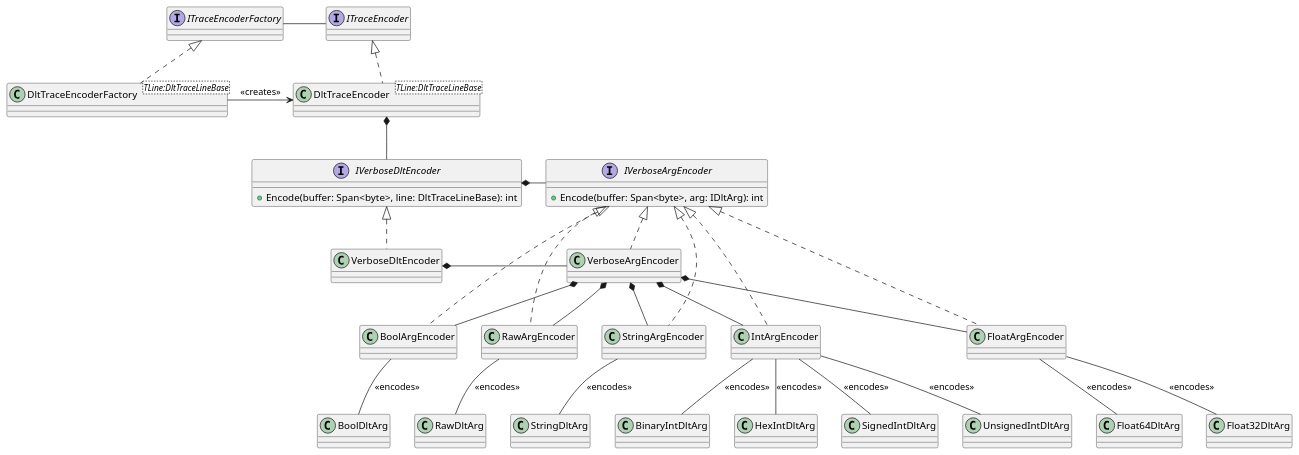
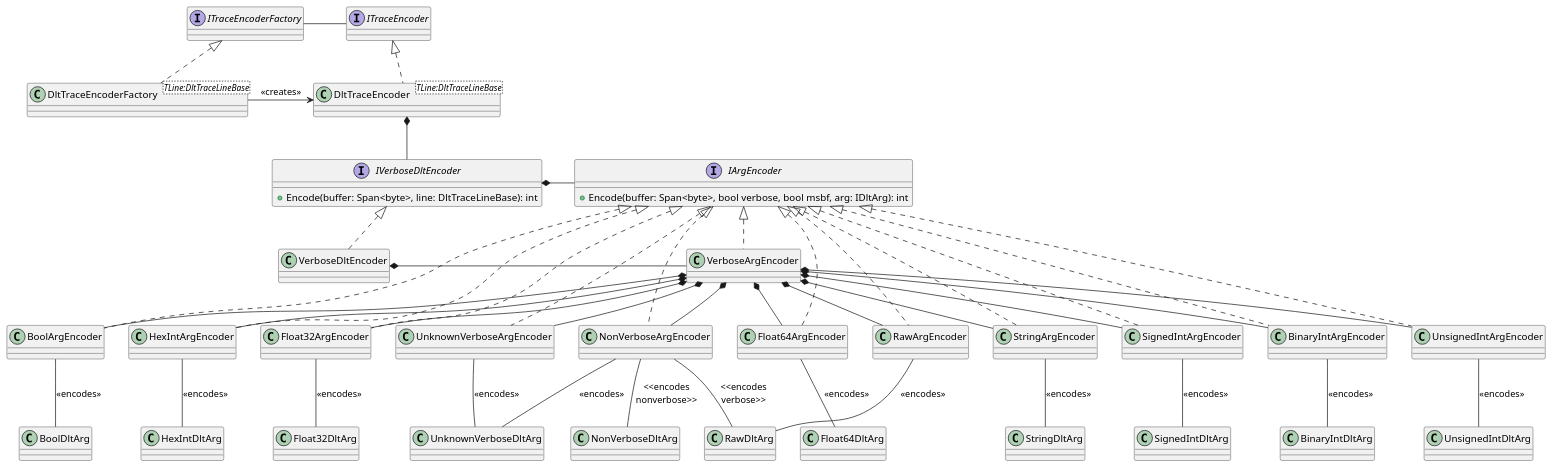
The diagram in TraceReader.Dlt/docs/diagrams/Dlt.WriterEncoder.plantuml (jcurl/RJCP.DLL.Log), drawn with PlantUML before and after one commit. The commit also changed 28 other files, not shown here.

First line of the commit message:
DLT Writer: Encode arguments

```diff
--- a/TraceReader.Dlt/docs/diagrams/Dlt.WriterEncoder.plantuml
+++ b/TraceReader.Dlt/docs/diagrams/Dlt.WriterEncoder.plantuml
@@ -1,59 +1,80 @@
 @startuml DLT.WriterEncoder
 interface ITraceEncoder
 interface ITraceEncoderFactory
 
 ITraceEncoderFactory -r- ITraceEncoder
 
 class DltTraceEncoderFactory<TLine:DltTraceLineBase>
 ITraceEncoderFactory <|.d. DltTraceEncoderFactory
 
 class DltTraceEncoder<TLine:DltTraceLineBase>
 ITraceEncoder <|.d. DltTraceEncoder
 
 DltTraceEncoderFactory -r-> DltTraceEncoder : <<creates>>
 
 interface IVerboseDltEncoder {
     +Encode(buffer: Span<byte>, line: DltTraceLineBase): int
 }
 class VerboseDltEncoder
 IVerboseDltEncoder <|.d. VerboseDltEncoder
 
-interface IVerboseArgEncoder {
-    +Encode(buffer: Span<byte>, arg: IDltArg): int
+interface IArgEncoder {
+    +Encode(buffer: Span<byte>, bool verbose, bool msbf, arg: IDltArg): int
 }
 class VerboseArgEncoder
-IVerboseArgEncoder <|.d. VerboseArgEncoder
+IArgEncoder <|.d. VerboseArgEncoder
 
-IVerboseDltEncoder *-r- IVerboseArgEncoder
+IVerboseDltEncoder *-r- IArgEncoder
 VerboseDltEncoder *-r- VerboseArgEncoder
 
-class IntArgEncoder
+class BinaryIntArgEncoder
+class HexIntArgEncoder
+class SignedIntArgEncoder
+class UnsignedIntArgEncoder
 class BoolArgEncoder
-class FloatArgEncoder
+class Float32ArgEncoder
+class Float64ArgEncoder
 class RawArgEncoder
 class StringArgEncoder
-IVerboseArgEncoder <|..d. IntArgEncoder
-IVerboseArgEncoder <|..d. BoolArgEncoder
-IVerboseArgEncoder <|..d. FloatArgEncoder
-IVerboseArgEncoder <|..d. RawArgEncoder
-IVerboseArgEncoder <|..d. StringArgEncoder
+class NonVerboseArgEncoder
+class UnknownVerboseArgEncoder
+IArgEncoder <|..d. BinaryIntArgEncoder
+IArgEncoder <|..d. HexIntArgEncoder
+IArgEncoder <|..d. SignedIntArgEncoder
+IArgEncoder <|..d. UnsignedIntArgEncoder
+IArgEncoder <|..d. BoolArgEncoder
+IArgEncoder <|..d. Float32ArgEncoder
+IArgEncoder <|..d. Float64ArgEncoder
+IArgEncoder <|..d. RawArgEncoder
+IArgEncoder <|..d. StringArgEncoder
+IArgEncoder <|..d. NonVerboseArgEncoder
+IArgEncoder <|..d. UnknownVerboseArgEncoder
 
-VerboseArgEncoder *-d- IntArgEncoder
+VerboseArgEncoder *-d- BinaryIntArgEncoder
+VerboseArgEncoder *-d- HexIntArgEncoder
+VerboseArgEncoder *-d- SignedIntArgEncoder
+VerboseArgEncoder *-d- UnsignedIntArgEncoder
 VerboseArgEncoder *-d- BoolArgEncoder
-VerboseArgEncoder *-d- FloatArgEncoder
+VerboseArgEncoder *-d- Float32ArgEncoder
+VerboseArgEncoder *-d- Float64ArgEncoder
 VerboseArgEncoder *-d- RawArgEncoder
 VerboseArgEncoder *-d- StringArgEncoder
-
+VerboseArgEncoder *-d- NonVerboseArgEncoder
+VerboseArgEncoder *-d- UnknownVerboseArgEncoder
 
 DltTraceEncoder *-d- IVerboseDltEncoder
 
-IntArgEncoder -d- BinaryIntDltArg : <<encodes>>
-IntArgEncoder -d- HexIntDltArg : <<encodes>>
-IntArgEncoder -d- SignedIntDltArg : <<encodes>>
-IntArgEncoder -d- UnsignedIntDltArg : <<encodes>>
+BinaryIntArgEncoder -d- BinaryIntDltArg : <<encodes>>
+HexIntArgEncoder -d- HexIntDltArg : <<encodes>>
+SignedIntArgEncoder -d- SignedIntDltArg : <<encodes>>
+UnsignedIntArgEncoder -d- UnsignedIntDltArg : <<encodes>>
 BoolArgEncoder -d- BoolDltArg : <<encodes>>
-FloatArgEncoder -d- Float32DltArg : <<encodes>>
-FloatArgEncoder -d- Float64DltArg : <<encodes>>
+Float32ArgEncoder -d- Float32DltArg : <<encodes>>
+Float64ArgEncoder -d- Float64DltArg : <<encodes>>
+StringArgEncoder -d- StringDltArg : <<encodes>>
 RawArgEncoder -d- RawDltArg : <<encodes>>
-StringArgEncoder -d- StringDltArg : <<encodes>>
+NonVerboseArgEncoder -d- RawDltArg : <<encodes\nverbose>>
+NonVerboseArgEncoder -d- NonVerboseDltArg : <<encodes\nnonverbose>>
+NonVerboseArgEncoder -d- UnknownVerboseDltArg : <<encodes>>
+UnknownVerboseArgEncoder -d- UnknownVerboseDltArg : <<encodes>>
 @enduml
```
